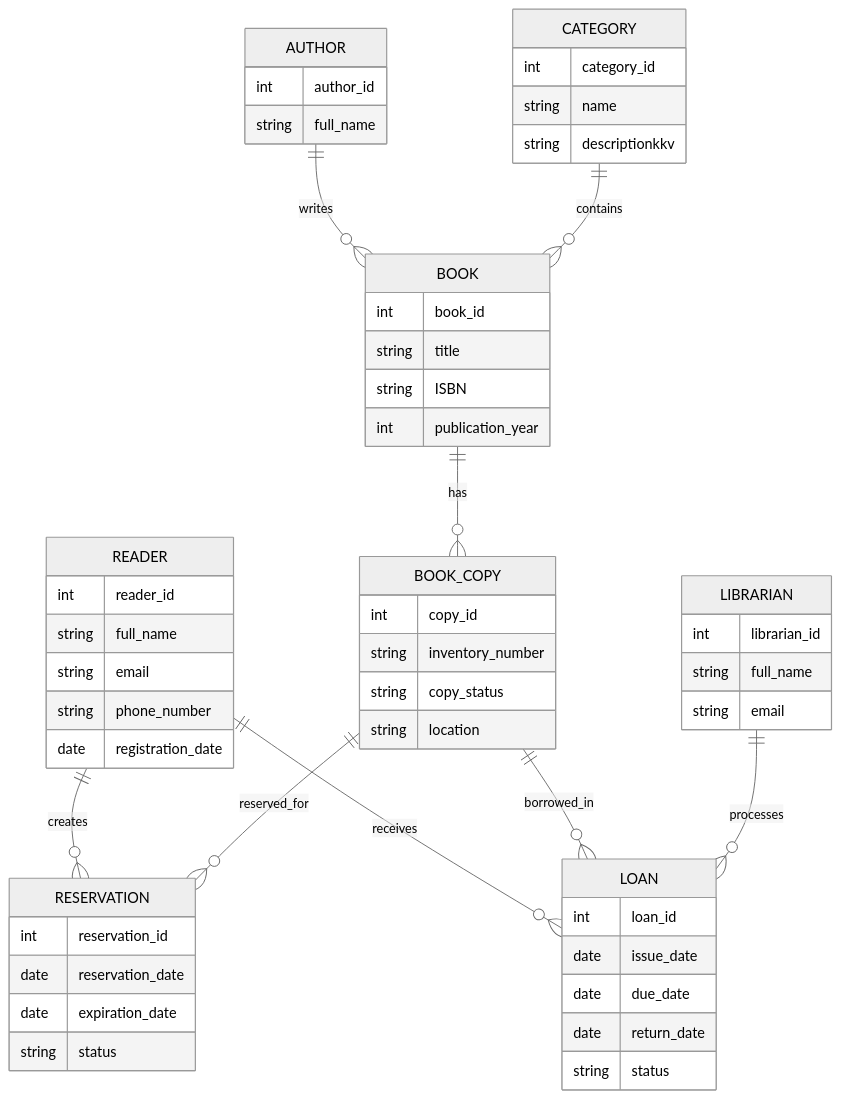
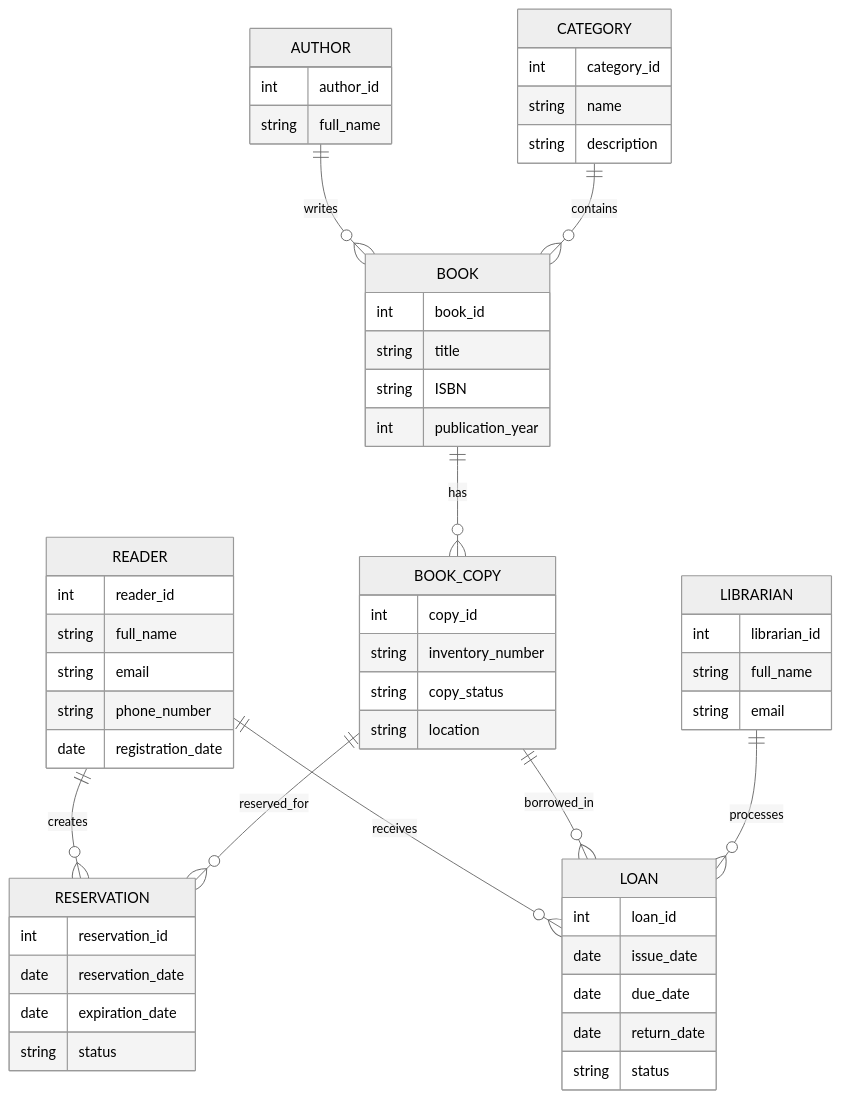
The diagram in model/er-model.mmd (liza051/library-reservation-system), drawn with Mermaid (neutral theme) before and after one commit. The commit also changed 9 other files, not shown here.

Commit message:
Finalize ER model and add AI review documentation

```diff
--- a/model/er-model.mmd
+++ b/model/er-model.mmd
@@ -1,63 +1,63 @@
 erDiagram
     READER {
         int reader_id
         string full_name
         string email
         string phone_number
         date registration_date
     }
 
     AUTHOR {
         int author_id
         string full_name
     }
 
     CATEGORY {
         int category_id
         string name
-        string descriptionkkv
+        string description
     }
 
     BOOK {
         int book_id
         string title
         string ISBN
         int publication_year
     }
 
     BOOK_COPY {
         int copy_id
         string inventory_number
         string copy_status
         string location
     }
 
     RESERVATION {
         int reservation_id
         date reservation_date
         date expiration_date
         string status
     }
 
     LOAN {
         int loan_id
         date issue_date
         date due_date
         date return_date
         string status
     }
 
     LIBRARIAN {
         int librarian_id
         string full_name
         string email
     }
 
     AUTHOR ||--o{ BOOK : writes
     CATEGORY ||--o{ BOOK : contains
     BOOK ||--o{ BOOK_COPY : has
     READER ||--o{ RESERVATION : creates
     BOOK_COPY ||--o{ RESERVATION : reserved_for
     READER ||--o{ LOAN : receives
     BOOK_COPY ||--o{ LOAN : borrowed_in
     LIBRARIAN ||--o{ LOAN : processes
```
